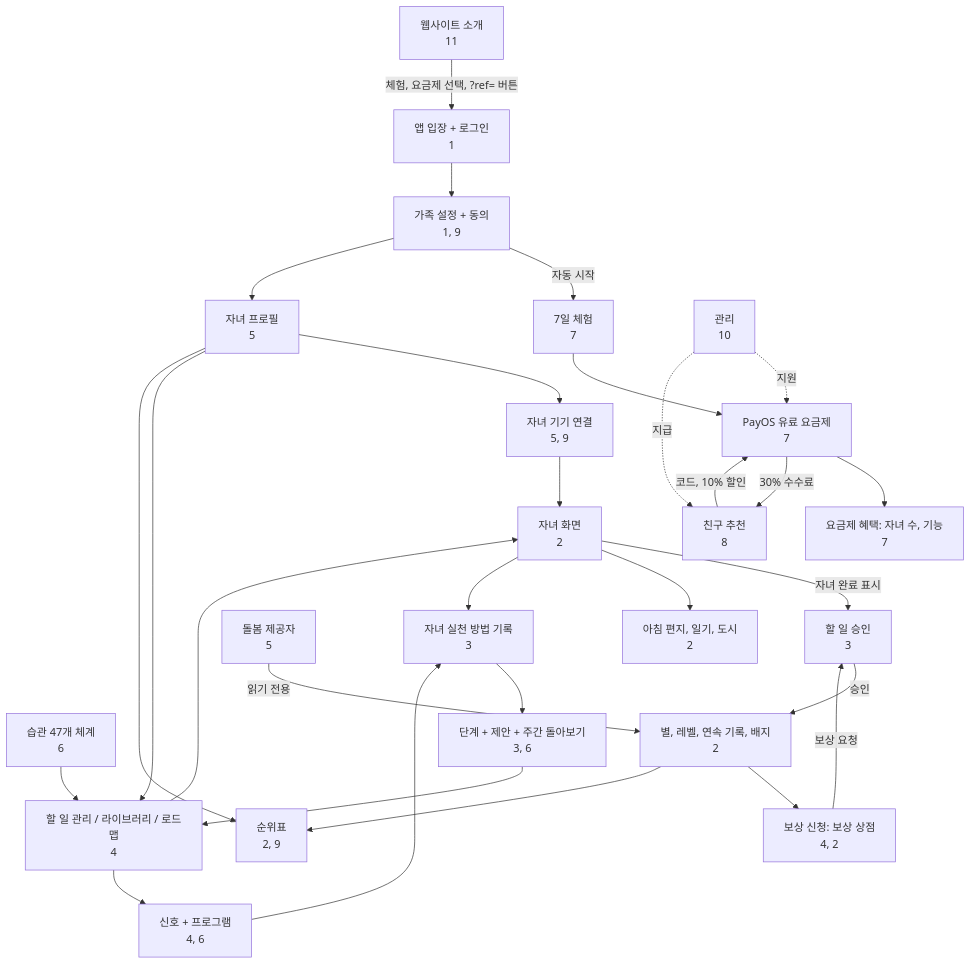
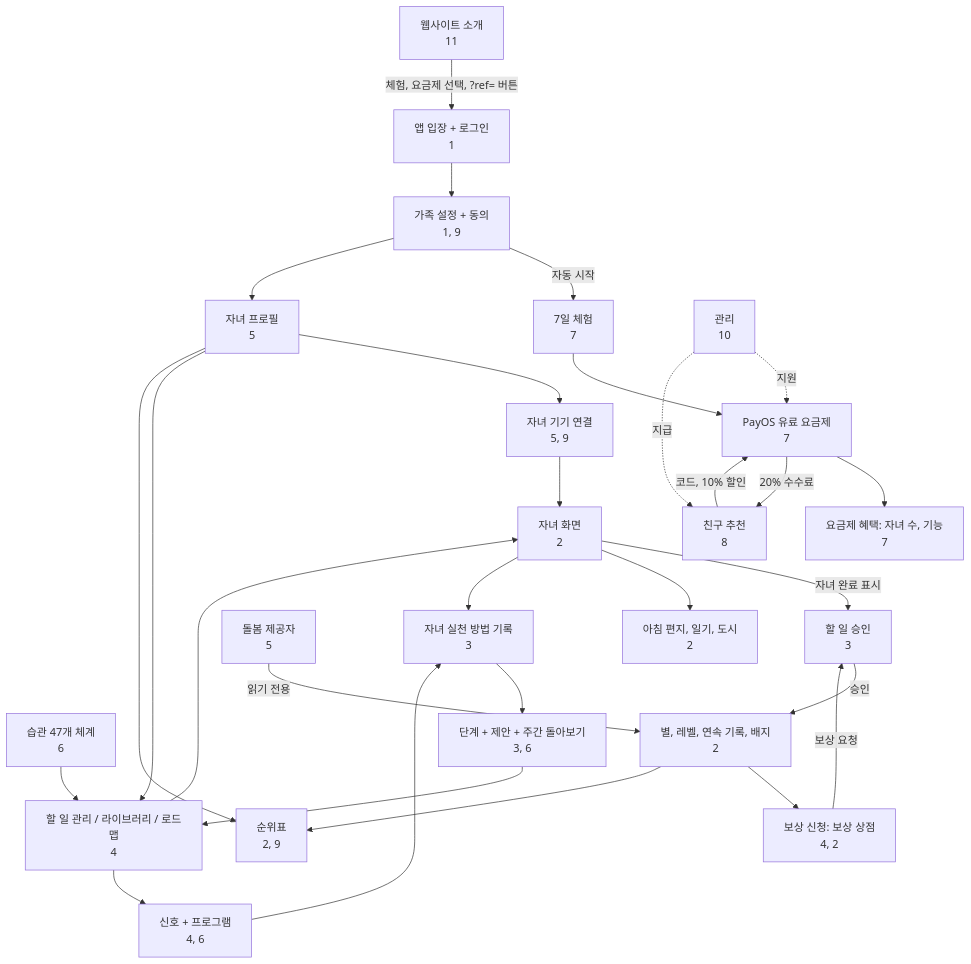
The diagram in docs/huong-dan/translations-pending/ko/12-ban-do-lien-ket.md (vanhoa2191/goodhabittracking), drawn with Mermaid before and after one commit. The commit also changed 68 other files, not shown here.

````diff
--- a/docs/huong-dan/translations-pending/ko/12-ban-do-lien-ket.md
+++ b/docs/huong-dan/translations-pending/ko/12-ban-do-lien-ket.md
@@ -14,31 +14,31 @@
 ```mermaid
 flowchart TD
   W[웹사이트 소개<br/>11] -->|"체험, 요금제 선택, ?ref= 버튼"| E[앱 입장 + 로그인<br/>1]
   E --> S[가족 설정 + 동의<br/>1, 9]
   S -->|자동 시작| T[7일 체험<br/>7]
   T --> P[PayOS 유료 요금제<br/>7]
   P --> G[요금제 혜택: 자녀 수, 기능<br/>7]
   S --> C[자녀 프로필<br/>5]
   C --> D[자녀 기기 연결<br/>5, 9]
   C --> H[할 일 관리 / 라이브러리 / 로드맵<br/>4]
   K[습관 47개 체계<br/>6] --> H
   H --> Q[신호 + 프로그램<br/>4, 6]
   H --> B[자녀 화면<br/>2]
   D --> B
   B -->|자녀 완료 표시| A[할 일 승인<br/>3]
   A -->|승인| ST[별, 레벨, 연속 기록, 배지<br/>2]
   ST --> R[보상 신청: 보상 상점<br/>4, 2]
   R -->|보상 요청| A
   B --> M[아침 편지, 일기, 도시<br/>2]
   Q --> I[자녀 실천 방법 기록<br/>3]
   B --> I
   I --> SG[단계 + 제안 + 주간 돌아보기<br/>3, 6]
   SG --> H
   ST --> LB[순위표<br/>2, 9]
   C --> LB
   F[친구 추천<br/>8] -->|"코드, 10% 할인"| P
-  P -->|30% 수수료| F
+  P -->|20% 수수료| F
   AD[관리<br/>10] -. "지원" .-> P
   AD -. "지급" .-> F
   CG[돌봄 제공자<br/>5] -->|읽기 전용| ST
 ```
````
